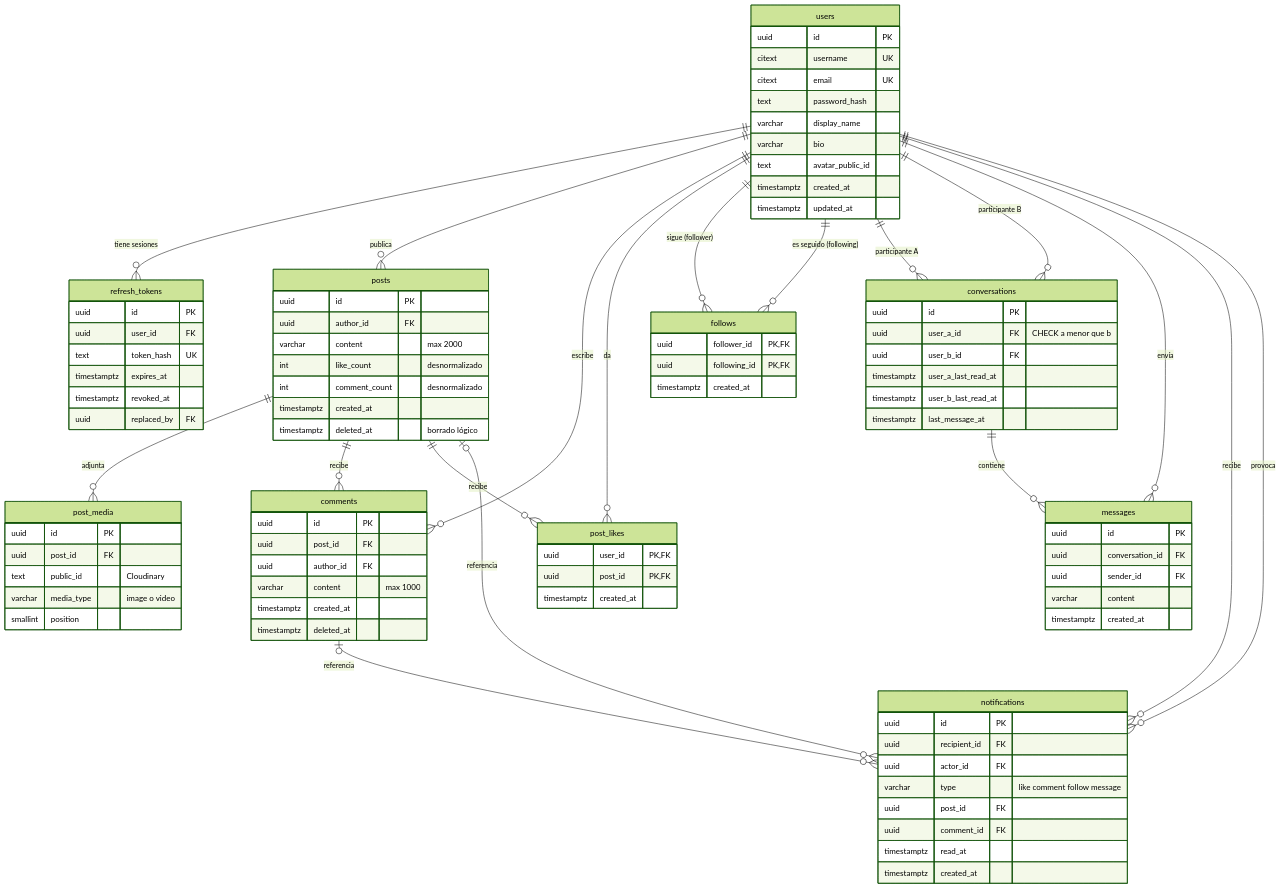
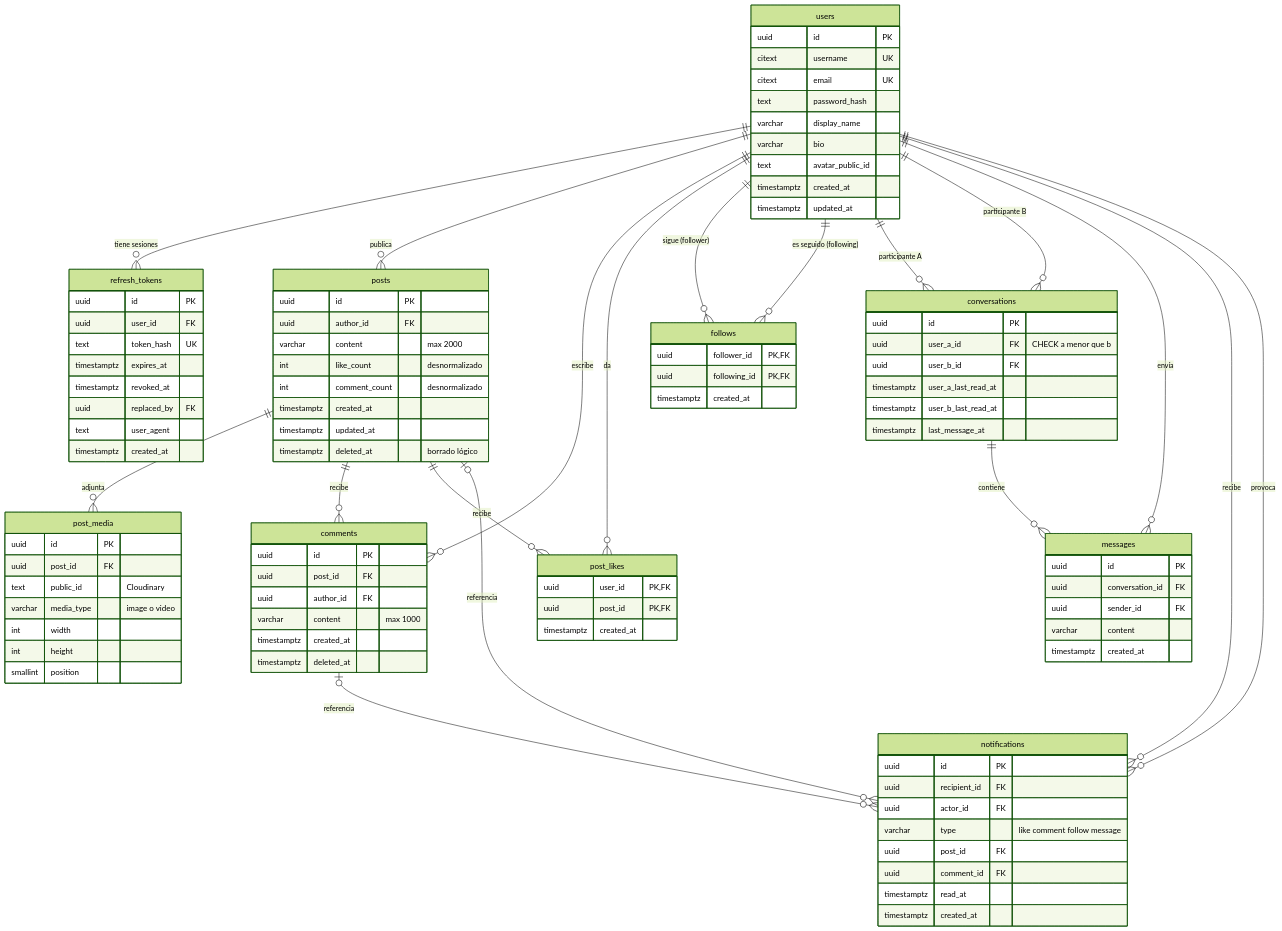
The diagram in docs/04-base-de-datos.md (EmilioAlonzo4587/red-social), drawn with Mermaid (forest theme) before and after one commit. The commit also changed other lines of this file and 11 other files, not shown here.

```diff
--- a/docs/04-base-de-datos.md
+++ b/docs/04-base-de-datos.md
@@ -34,6 +34,8 @@
     timestamptz expires_at
     timestamptz revoked_at
     uuid replaced_by FK
+    text user_agent
+    timestamptz created_at
   }
   posts {
     uuid id PK
@@ -42,6 +44,7 @@
     int like_count "desnormalizado"
     int comment_count "desnormalizado"
     timestamptz created_at
+    timestamptz updated_at
     timestamptz deleted_at "borrado lógico"
   }
   post_media {
@@ -49,6 +52,8 @@
     uuid post_id FK
     text public_id "Cloudinary"
     varchar media_type "image o video"
+    int width
+    int height
     smallint position
   }
   comments {
```
